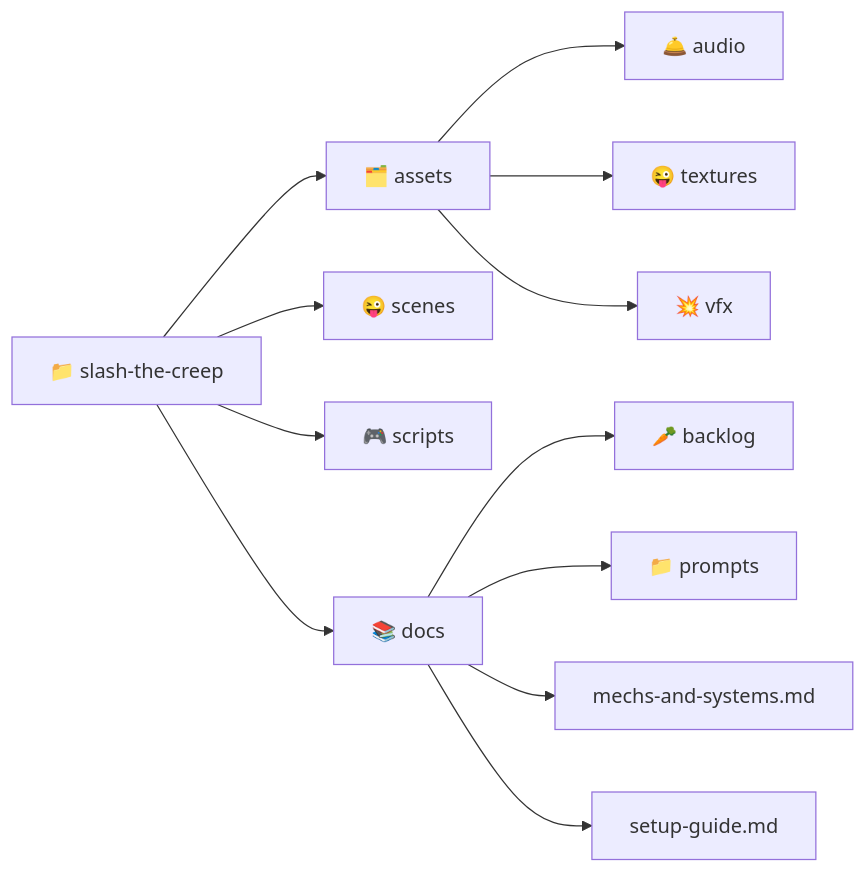
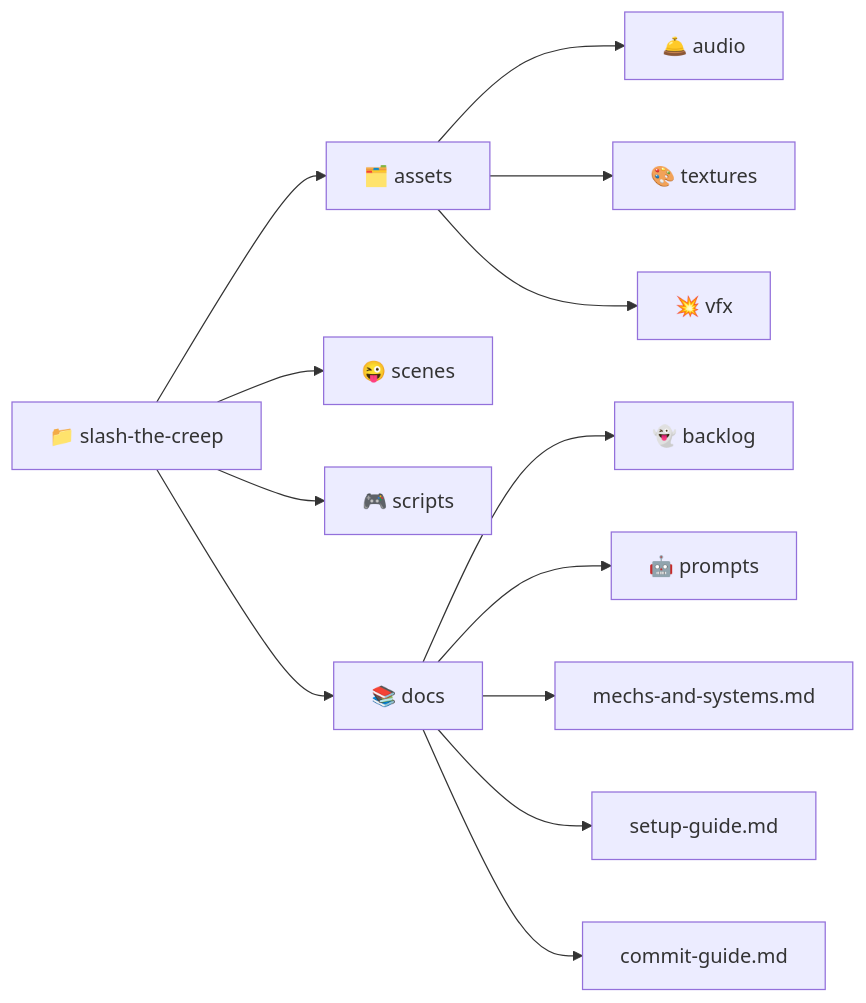
One commit to KontsertKishlaka/smash-the-creep changed the third of 3 diagrams in README.md. Above: the diagram before and after it, drawn with Mermaid. The commit also changed other lines of this file and 1 other file, not shown here.

Commit message:
docs: upd backlog

````diff
--- a/README.md
+++ b/README.md
@@ -73,14 +73,15 @@
 ```mermaid
 graph LR
   Root[📁 slash-the-creep] --> Asset[🗂️ assets]
   Root --> Scenes[😜 scenes]
   Root --> Scripts[🎮 scripts]
   Root --> Docs[📚 docs]
-  Docs --> B[🥕 backlog]
-  Docs --> P[📁 prompts]
+  Docs --> B[👻 backlog]
+  Docs --> P[🤖 prompts]
   Docs --> M[mechs-and-systems.md]
   Docs --> G[setup-guide.md]
+  Docs --> CS[commit-guide.md]
   Asset --> AU[🛎️ audio]
-  Asset --> T[😜 textures]
+  Asset --> T[🎨 textures]
   Asset --> VFX[💥 vfx]
 ```
````
